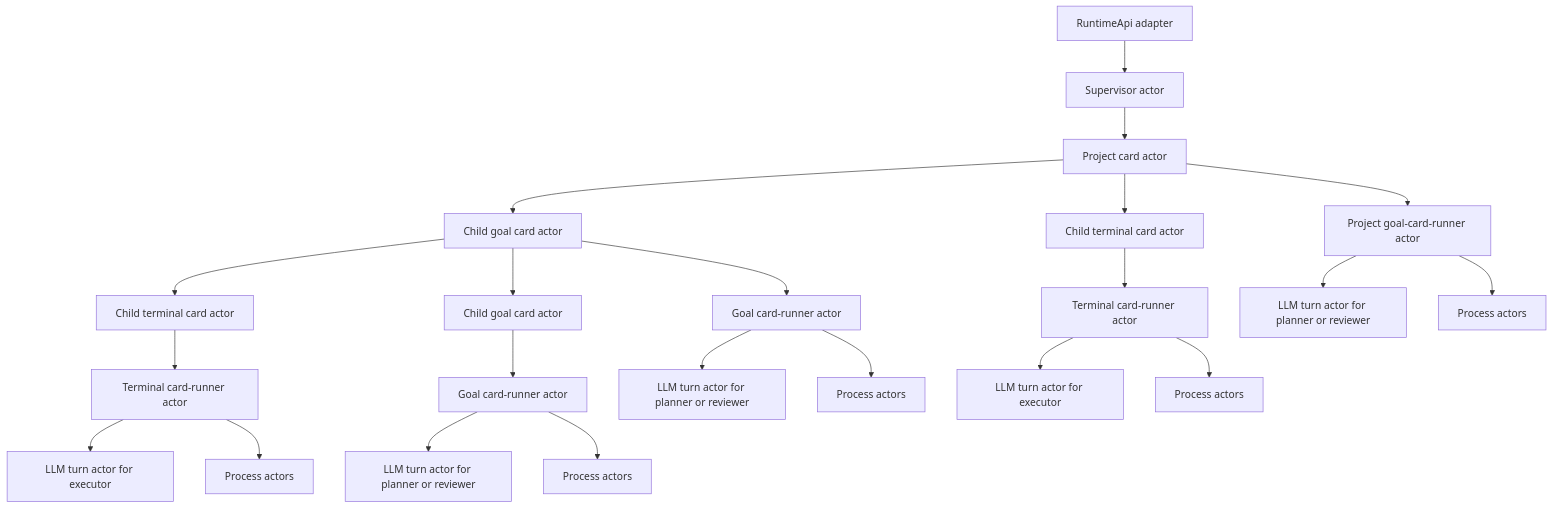
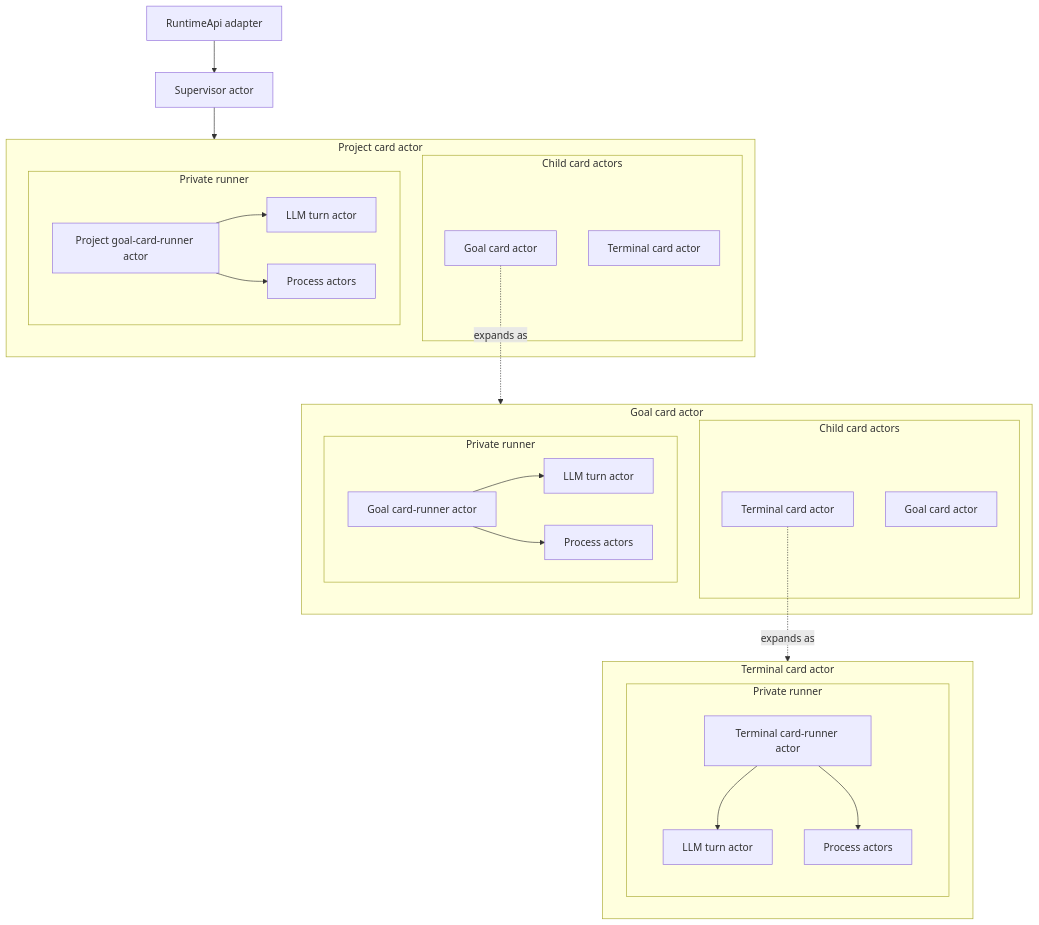
The diagram in docs/architecture/xstate-runtime-core.md (salva/saivage-v3), drawn with Mermaid before and after one commit.

Commit message:
docs: group card actor tree diagram

````diff
--- a/docs/architecture/xstate-runtime-core.md
+++ b/docs/architecture/xstate-runtime-core.md
@@ -64,28 +64,46 @@
 ```mermaid
 graph TD
   api[RuntimeApi adapter] --> supervisor[Supervisor actor]
-  supervisor --> project[Project card actor]
 
-  project --> projectRunner[Project goal-card-runner actor]
-  project --> goal[Child goal card actor]
-  project --> terminalSibling[Child terminal card actor]
-  terminalSibling --> terminalSiblingRunner[Terminal card-runner actor]
+  subgraph projectCard[Project card actor]
+    subgraph projectChildren[Child card actors]
+      goalCard[Goal card actor]
+      terminalSibling[Terminal card actor]
+    end
+    subgraph projectRun[Private runner]
+      projectRunner[Project goal-card-runner actor]
+      projectTurn[LLM turn actor]
+      projectProcess[Process actors]
+      projectRunner --> projectTurn
+      projectRunner --> projectProcess
+    end
+  end
 
-  goal --> goalRunner[Goal card-runner actor]
-  goal --> terminal[Child terminal card actor]
-  goal --> nestedGoal[Child goal card actor]
-  nestedGoal --> nestedGoalRunner[Goal card-runner actor]
+  subgraph goalCardBox[Goal card actor]
+    subgraph goalChildren[Child card actors]
+      terminalCard[Terminal card actor]
+      nestedGoalCard[Goal card actor]
+    end
+    subgraph goalRun[Private runner]
+      goalRunner[Goal card-runner actor]
+      goalTurn[LLM turn actor]
+      goalProcess[Process actors]
+      goalRunner --> goalTurn
+      goalRunner --> goalProcess
+    end
+  end
 
-  terminal --> terminalRunner[Terminal card-runner actor]
+  subgraph terminalCardBox[Terminal card actor]
+    subgraph terminalRun[Private runner]
+      terminalRunner[Terminal card-runner actor]
+      terminalTurn[LLM turn actor]
+      terminalProcess[Process actors]
+      terminalRunner --> terminalTurn
+      terminalRunner --> terminalProcess
+    end
+  end
 
-  projectRunner --> plannerTurn[LLM turn actor for planner or reviewer]
-  projectRunner --> plannerProcess[Process actors]
-  goalRunner --> goalTurn[LLM turn actor for planner or reviewer]
-  goalRunner --> goalProcess[Process actors]
-  nestedGoalRunner --> nestedGoalTurn[LLM turn actor for planner or reviewer]
-  nestedGoalRunner --> nestedGoalProcess[Process actors]
-  terminalRunner --> executorTurn[LLM turn actor for executor]
-  terminalRunner --> terminalProcess[Process actors]
-  terminalSiblingRunner --> siblingExecutorTurn[LLM turn actor for executor]
-  terminalSiblingRunner --> siblingProcess[Process actors]
+  supervisor --> projectCard
+  goalCard -. expands as .-> goalCardBox
+  terminalCard -. expands as .-> terminalCardBox
 ```
````
